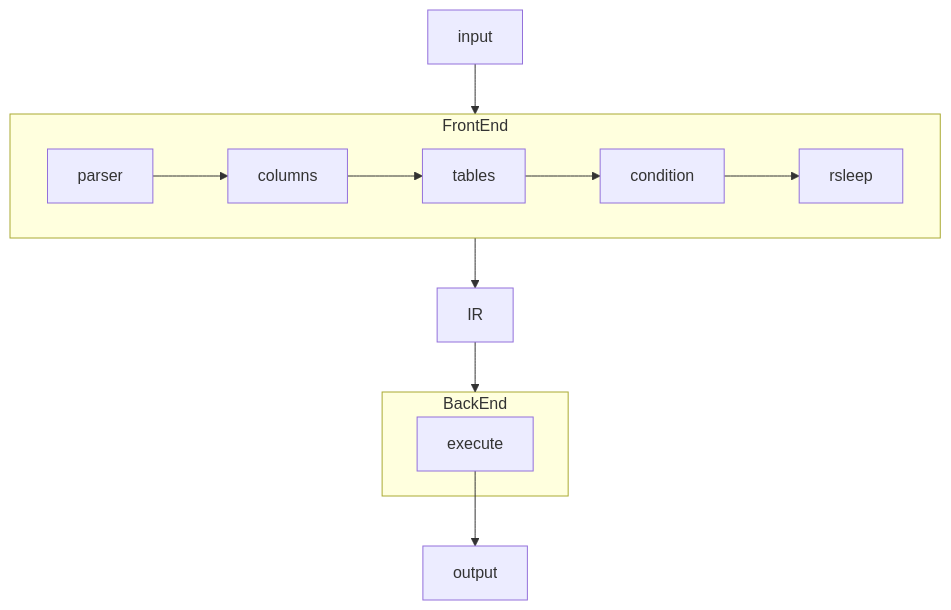
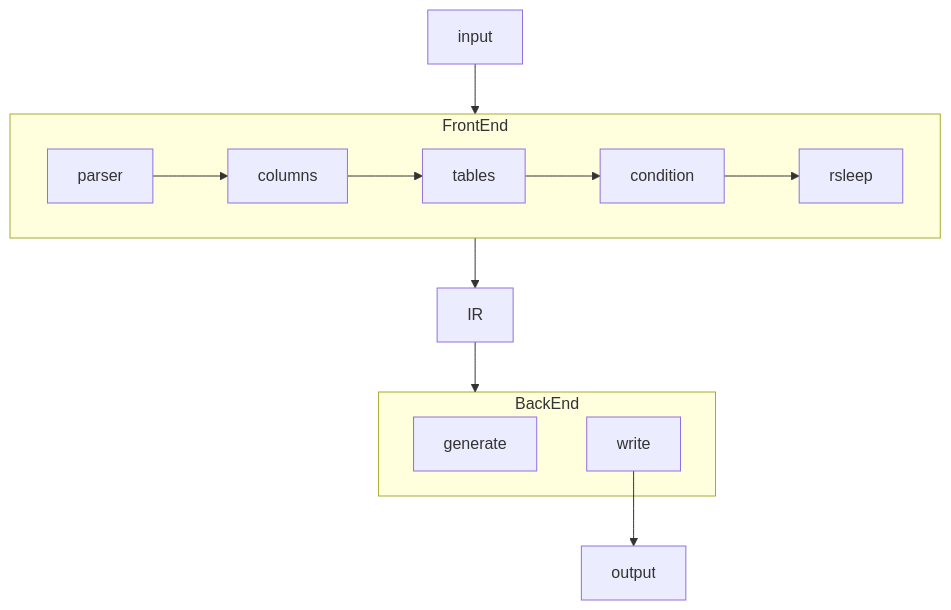
Before and after one commit to arthur87/rossoc: the diagram in README.base.md, drawn with Mermaid. The commit also changed 2 other files, not shown here.

Commit message:
アーキテクチャ図を更新

````diff
--- a/README.base.md
+++ b/README.base.md
@@ -141,12 +141,13 @@
 ```mermaid
 flowchart TB
     input --> FrontEnd
     subgraph FrontEnd
     parser --> columns --> tables --> condition --> rsleep
     end
     FrontEnd --> IR --> BackEnd
     subgraph BackEnd
-    execute
+    generate
+    write
     end
-    execute --> output
+    write --> output
 ```
````
